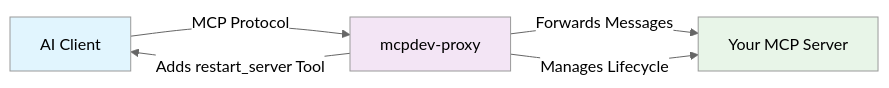
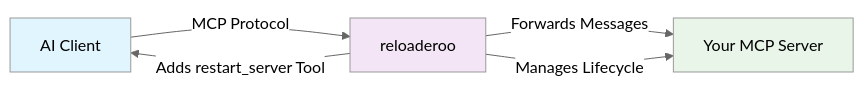
One commit to fink-andreas/reloaderoo changed the diagram in README.md. Above: the diagram before and after it, drawn with Mermaid (neutral theme). The commit also changed other lines of this file and 7 other files, not shown here.

First line of the commit message:
Rebrand mcpdev-proxy to reloaderoo 🦘

````diff
--- a/README.md
+++ b/README.md
@@ -148,11 +148,11 @@
 ```mermaid
 graph LR
-    A[AI Client] -->|MCP Protocol| B[mcpdev-proxy]
+    A[AI Client] -->|MCP Protocol| B[reloaderoo]
     B -->|Forwards Messages| C[Your MCP Server]
     B -->|Manages Lifecycle| C
     B -->|Adds restart_server Tool| A
     
     style A fill:#e1f5fe
     style B fill:#f3e5f5  
     style C fill:#e8f5e8
 ```
````
